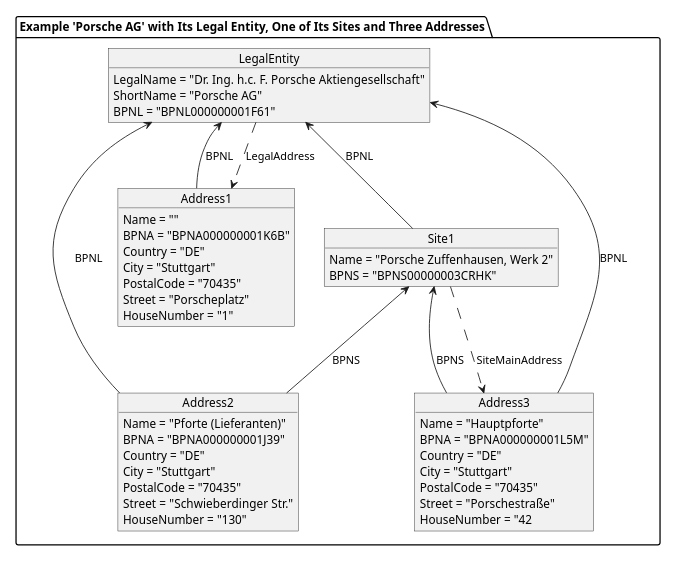
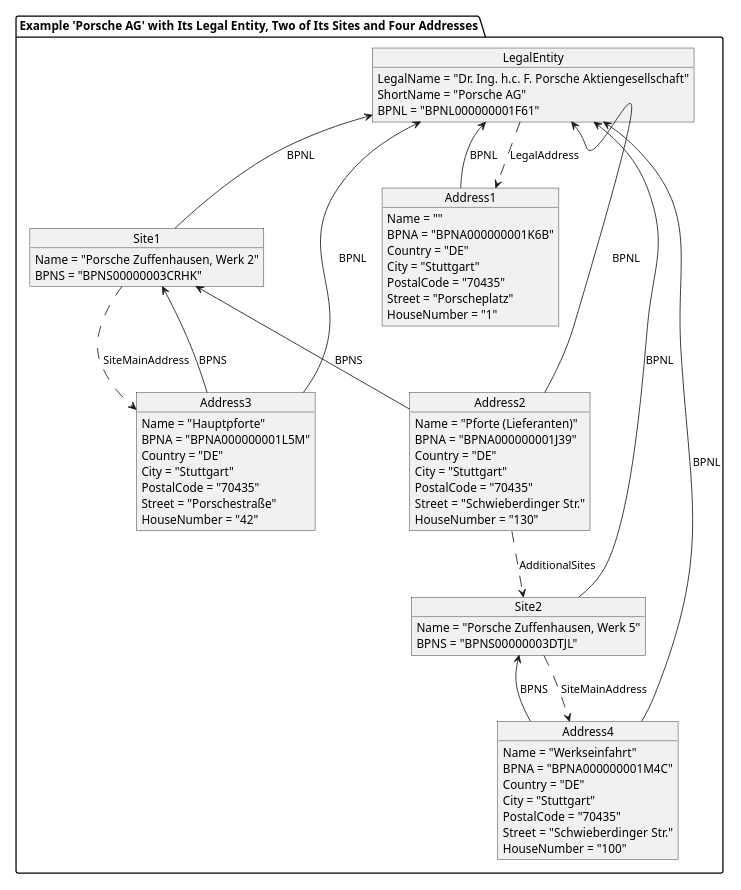
One commit to catenax-eV/catenax-ev.github.io changed the diagram in docs/standards/CX-0010-BusinessPartnerNumber/assets/diagrams/object/example-for-bpn.puml. Above: the diagram before and after it, drawn with PlantUML. The commit also changed 247 other files, not shown here.

```diff
--- a/docs/standards/CX-0010-BusinessPartnerNumber/assets/diagrams/object/example-for-bpn.puml
+++ b/docs/standards/CX-0010-BusinessPartnerNumber/assets/diagrams/object/example-for-bpn.puml
@@ -1,74 +1,94 @@
 @startuml example-for-bpn
 
 skinparam dpi 50
 
-package "Example 'Porsche AG' with Its Legal Entity, One of Its Sites and Three Addresses" {
+package "Example 'Porsche AG' with Its Legal Entity, Two of Its Sites and Four Addresses" {
   object LegalEntity {
     LegalName = "Dr. Ing. h.c. F. Porsche Aktiengesellschaft"
     ShortName = "Porsche AG"
     BPNL = "BPNL000000001F61"
   }
 
   object Address1 {
     Name = ""
     BPNA = "BPNA000000001K6B"
     Country = "DE"
     City = "Stuttgart"
     PostalCode = "70435"
     Street = "Porscheplatz"
     HouseNumber = "1"
   }
 
   object Address2 {
     Name = "Pforte (Lieferanten)"
     BPNA = "BPNA000000001J39"
     Country = "DE"
     City = "Stuttgart"
     PostalCode = "70435"
     Street = "Schwieberdinger Str."
     HouseNumber = "130"
   }
 
   object Address3 {
     Name = "Hauptpforte"
     BPNA = "BPNA000000001L5M"
     Country = "DE"
     City = "Stuttgart"
     PostalCode = "70435"
     Street = "Porschestraße"
-    HouseNumber = "42
+    HouseNumber = "42"
+  }
+
+  object Address4 {
+    Name = "Werkseinfahrt"
+    BPNA = "BPNA000000001M4C"
+    Country = "DE"
+    City = "Stuttgart"
+    PostalCode = "70435"
+    Street = "Schwieberdinger Str."
+    HouseNumber = "100"
   }
 
   object Site1 {
     Name = "Porsche Zuffenhausen, Werk 2"
     BPNS = "BPNS00000003CRHK"
   }
 
+  object Site2 {
+    Name = "Porsche Zuffenhausen, Werk 5"
+    BPNS = "BPNS00000003DTJL"
+  }
+
   ' object BusinessPartner {
   '   AddressType = "AdditionalAddress"
   '   NameParts = [
-  '     "Dr. Ing. h.c. F. Porsche", 
-  '     "Aktiengesellschaft", 
-  '     "Porsche Zuffenhausen,", 
+  '     "Dr. Ing. h.c. F. Porsche",
+  '     "Aktiengesellschaft",
+  '     "Porsche Zuffenhausen,",
   '     "Werk 2, Pforte (Lieferanten)"]
   '   Country = "DE"
   '   City = "Stuttgart"
   '   PostalCode = "70435"
   '   Street = "Schwieberdinger Str."
   '   HouseNumber = "130"
   ' }
 
   ' BusinessPartner -r-> LegalEntity : BPNL
   ' BusinessPartner -r-> Site1 : BPNS
   ' BusinessPartner -r-> Address2 : BPNA
   LegalEntity .d.> Address1 : LegalAddress
   Site1 .d.> Address3 : SiteMainAddress
+  Site2 .d.> Address4 : SiteMainAddress
   Address1 -u-> LegalEntity : BPNL
   Address2 -u-> Site1 : BPNS
   Address2 -u-> LegalEntity : BPNL
+  Address2 ..> Site2 : AdditionalSites
   Address3 -u-> Site1 : BPNS
   Address3 -u-> LegalEntity : BPNL
+  Address4 -u-> Site2 : BPNS
+  Address4 -u-> LegalEntity : BPNL
   Site1 -u-> LegalEntity : BPNL
+  Site2 -u-> LegalEntity : BPNL
 }
 
 @enduml
```
